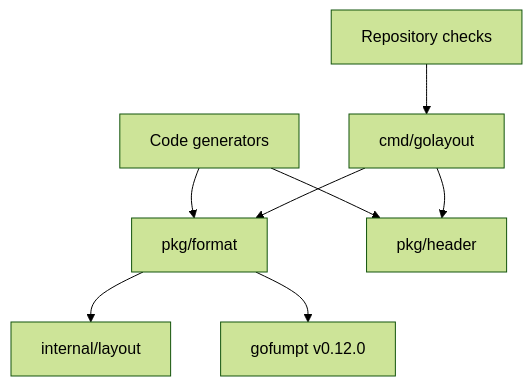
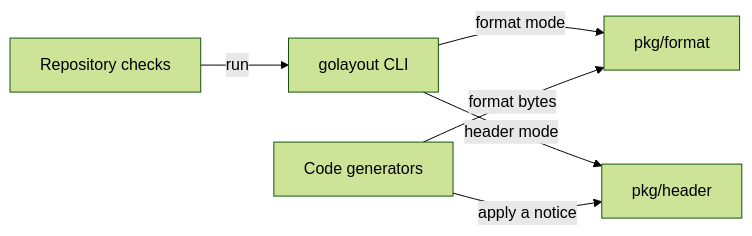
Before and after one commit to longxi-go/golayout: the diagram in README.md, drawn with Mermaid (forest theme). The commit also changed other lines of this file and 18 other files, not shown here.

````diff
--- a/README.md
+++ b/README.md
@@ -15,10 +12,8 @@
 ```mermaid
-flowchart TB
-    R["Repository checks"] --> C["cmd/golayout"]
-    G["Code generators"] --> F["pkg/format"]
-    G --> H["pkg/header"]
-    C --> F
-    C --> H
-    F --> A["internal/layout"]
-    F --> U["gofumpt v0.12.0"]
+flowchart LR
+    R["Repository checks"] -->|run| C["golayout CLI"]
+    C -->|format mode| F["pkg/format"]
+    C -->|header mode| H["pkg/header"]
+    G["Code generators"] -->|format bytes| F
+    G -->|apply a notice| H
 ```
````
